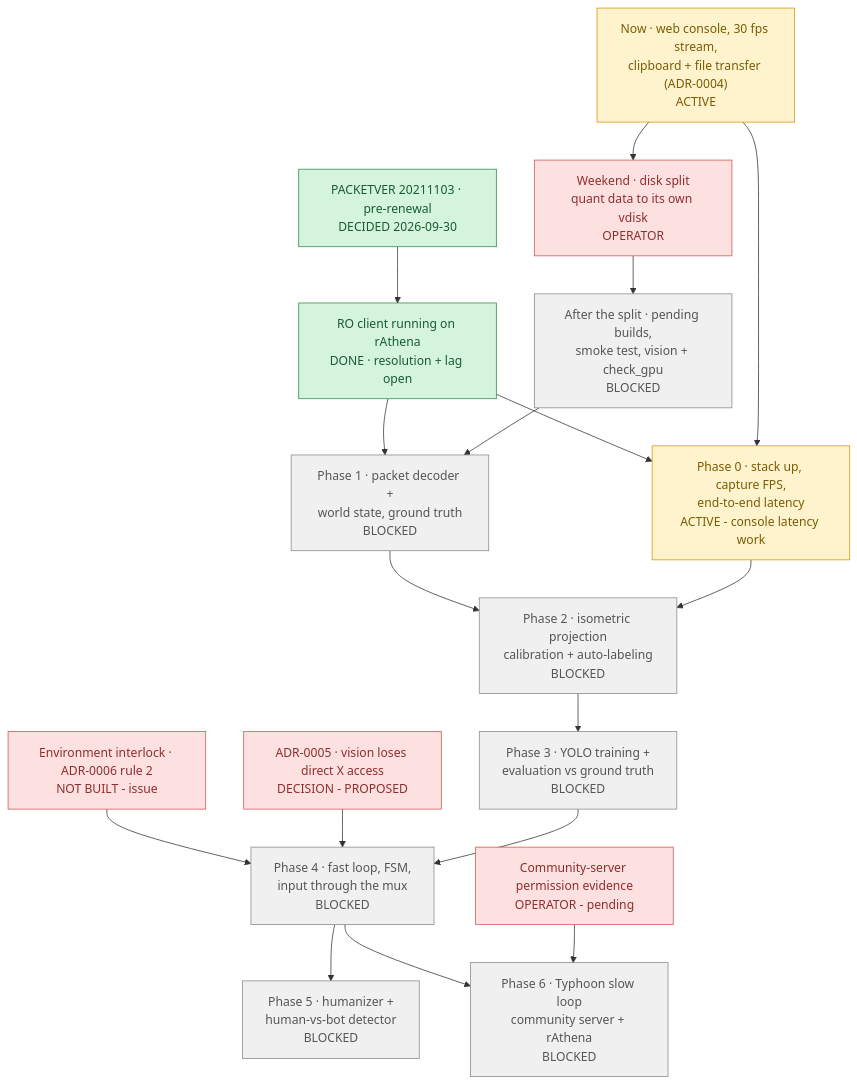
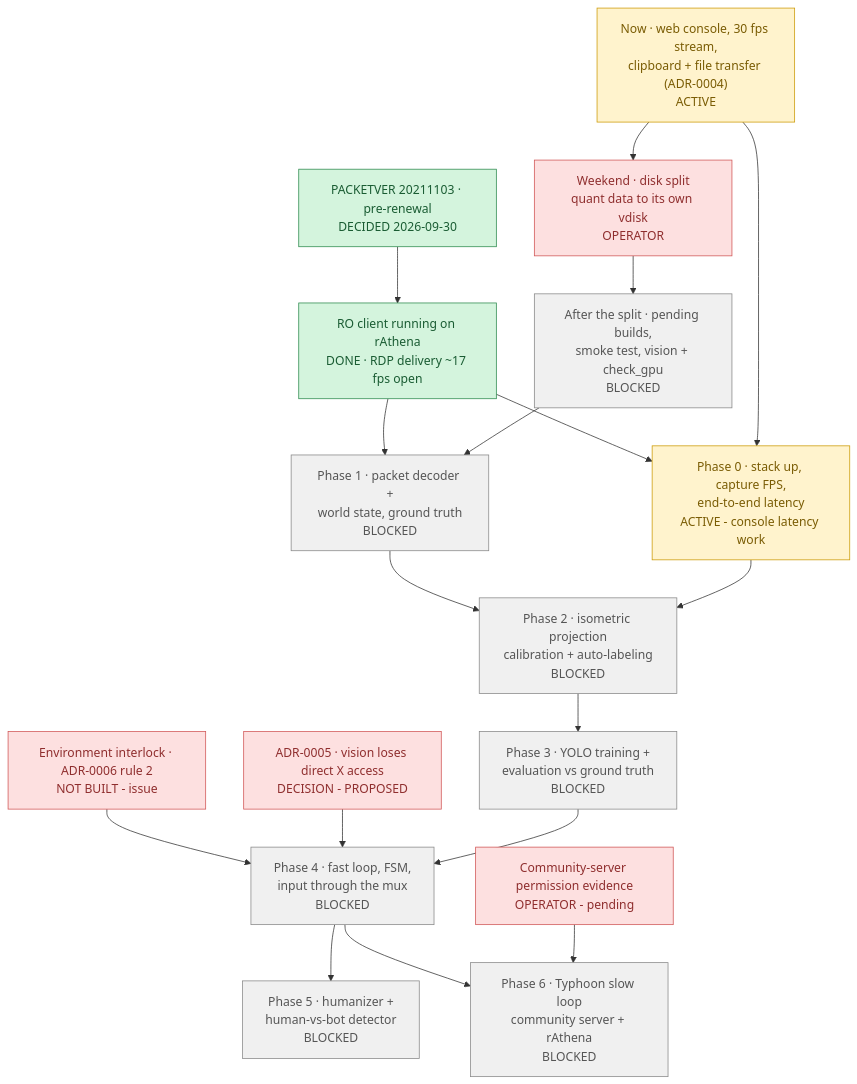
The diagram in docs/ROADMAP.md (lumduan/poring-lab), drawn with Mermaid before and after one commit. The commit also changed other lines of this file and 1 other file, not shown here.

First line of the commit message:
docs: client render performance, Windows settings log, UI-text and SAC findings

````diff
--- a/docs/ROADMAP.md
+++ b/docs/ROADMAP.md
@@ -11,45 +11,45 @@
 ```mermaid
 flowchart TD
     N1["Now · web console, 30 fps stream,<br/>clipboard + file transfer (ADR-0004)<br/>ACTIVE"]
     N2["Weekend · disk split<br/>quant data to its own vdisk<br/>OPERATOR"]
     N3["After the split · pending builds,<br/>smoke test, vision + check_gpu<br/>BLOCKED"]
     D1["PACKETVER 20211103 · pre-renewal<br/>DECIDED 2026-09-30"]
-    S1["RO client running on rAthena<br/>DONE · resolution + lag open"]
+    S1["RO client running on rAthena<br/>DONE · RDP delivery ~17 fps open"]
     D2["ADR-0005 · vision loses direct X access<br/>DECISION - PROPOSED"]
     D3["Environment interlock · ADR-0006 rule 2<br/>NOT BUILT - issue"]
     E1["Community-server permission evidence<br/>OPERATOR - pending"]
     P0["Phase 0 · stack up, capture FPS,<br/>end-to-end latency<br/>ACTIVE - console latency work"]
     P1["Phase 1 · packet decoder +<br/>world state, ground truth<br/>BLOCKED"]
     P2["Phase 2 · isometric projection<br/>calibration + auto-labeling<br/>BLOCKED"]
     P3["Phase 3 · YOLO training +<br/>evaluation vs ground truth<br/>BLOCKED"]
     P4["Phase 4 · fast loop, FSM,<br/>input through the mux<br/>BLOCKED"]
     P5["Phase 5 · humanizer +<br/>human-vs-bot detector<br/>BLOCKED"]
     P6["Phase 6 · Typhoon slow loop<br/>community server + rAthena<br/>BLOCKED"]
 
     N1 --> N2 --> N3
     N3 --> P1
     D1 --> S1
     N1 --> P0
     S1 --> P0
     S1 --> P1
     P0 --> P2
     P1 --> P2
     P2 --> P3 --> P4
     D2 --> P4
     D3 --> P4
     E1 --> P6
     P4 --> P5
     P4 --> P6
 
     classDef done     fill:#d4f4dd,stroke:#2d8a4e,color:#1a5c33
     classDef active   fill:#fff3cd,stroke:#cc9a06,color:#7a5c04
     classDef ready    fill:#d6e9ff,stroke:#3b7dd8,color:#1e4d8f
     classDef blocked  fill:#f0f0f0,stroke:#888,color:#555
     classDef decision fill:#fde0e0,stroke:#d05555,color:#8f2e2e
     classDef goal     fill:#ede0fb,stroke:#8a5cd8,color:#4d2e8f
 
     class D1,S1 done
     class N1,P0 active
     class N2,D2,D3,E1 decision
     class N3,P1,P2,P3,P4,P5,P6 blocked
 ```
````
